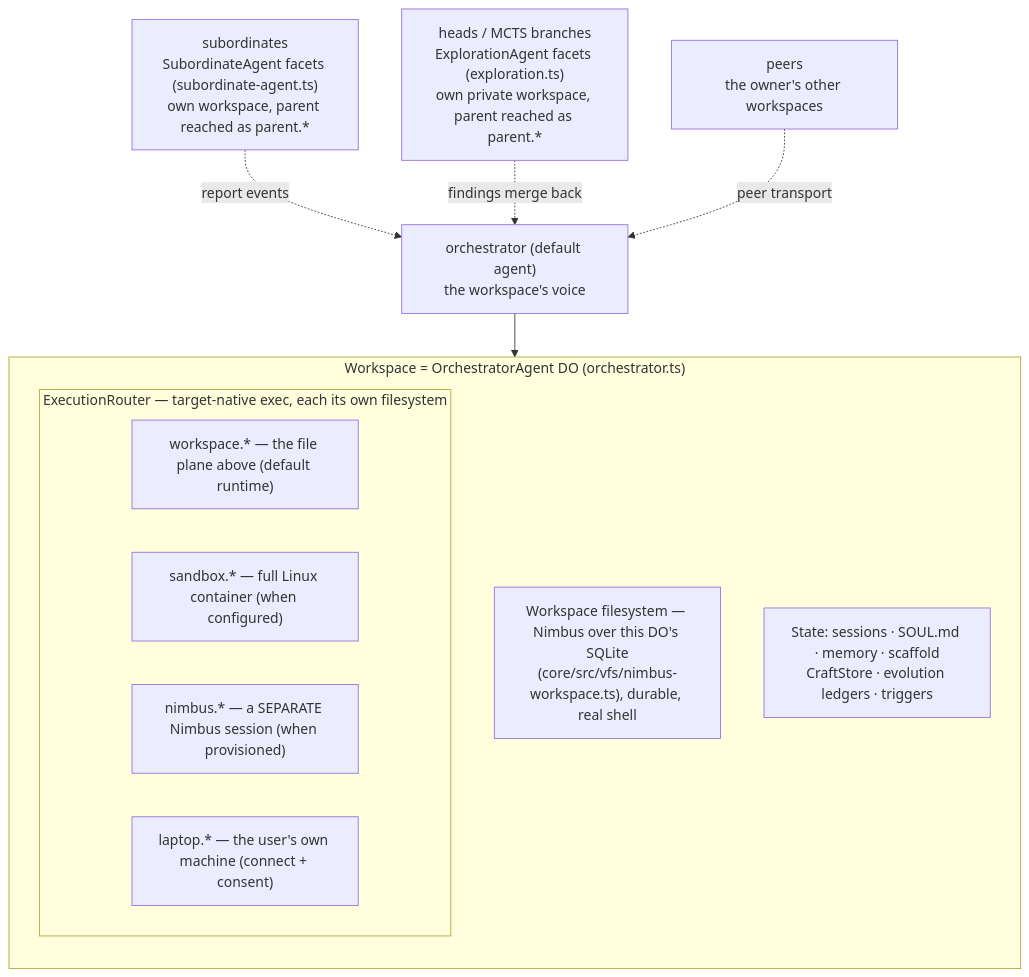
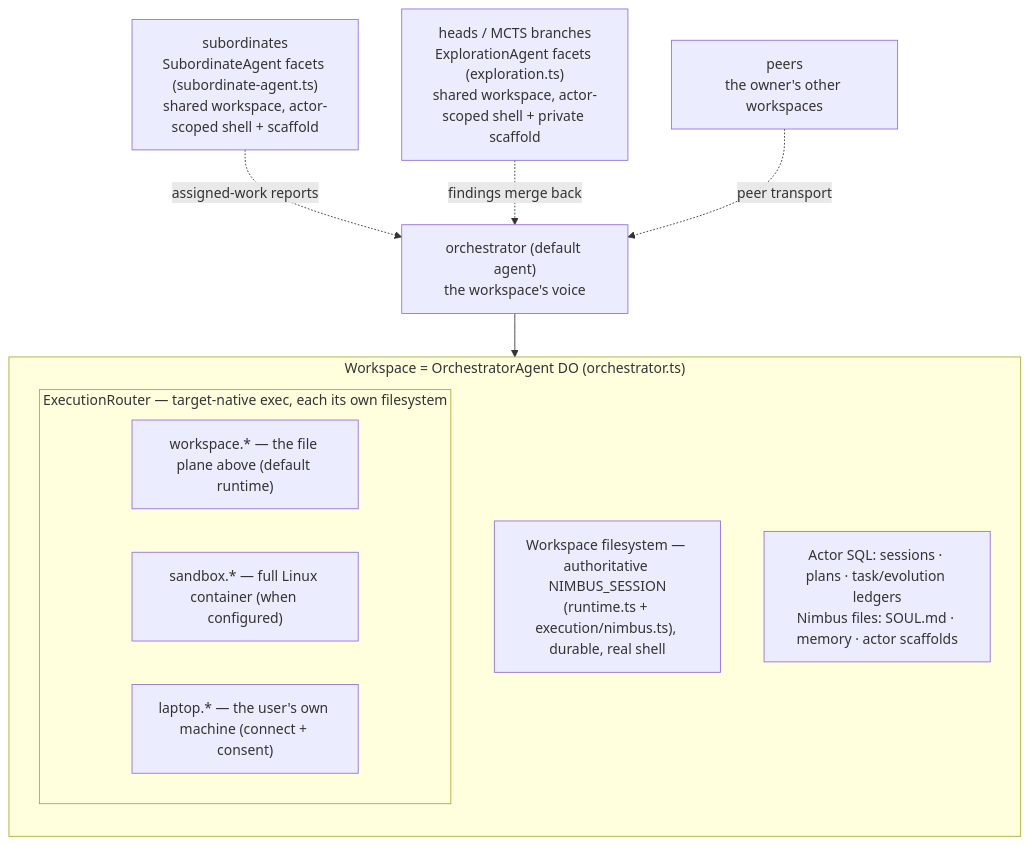
Before and after one commit to AshishKumar4/Proteus: the first of 5 diagrams in docs/ARCHITECTURE.md, drawn with Mermaid. The commit also changed other lines of this file and 864 other files, not shown here.

````diff
--- a/docs/ARCHITECTURE.md
+++ b/docs/ARCHITECTURE.md
@@ -29,19 +29,18 @@
 ```mermaid
 graph TB
     subgraph WS["Workspace = OrchestratorAgent DO (orchestrator.ts)"]
         direction TB
-        Files["Workspace filesystem — Nimbus over this DO's SQLite<br/>(core/src/vfs/nimbus-workspace.ts), durable, real shell"]
+        Files["Workspace filesystem — authoritative NIMBUS_SESSION<br/>(runtime.ts + execution/nimbus.ts), durable, real shell"]
         subgraph Execs["ExecutionRouter — target-native exec, each its own filesystem"]
             W["workspace.* — the file plane above (default runtime)"]
             S["sandbox.* — full Linux container (when configured)"]
-            N["nimbus.* — a SEPARATE Nimbus session (when provisioned)"]
             P["laptop.* — the user's own machine (connect + consent)"]
         end
-        State["State: sessions · SOUL.md · memory · scaffold<br/>CraftStore · evolution ledgers · triggers"]
+        State["Actor SQL: sessions · plans · task/evolution ledgers<br/>Nimbus files: SOUL.md · memory · actor scaffolds"]
     end
 
     Orch["orchestrator (default agent)<br/>the workspace's voice"] --> WS
-    Subs["subordinates<br/>SubordinateAgent facets (subordinate-agent.ts)<br/>own workspace, parent reached as parent.*"] -.->|report events| Orch
-    Heads["heads / MCTS branches<br/>ExplorationAgent facets (exploration.ts)<br/>own private workspace, parent reached as parent.*"] -.->|findings merge back| Orch
+    Subs["subordinates<br/>SubordinateAgent facets (subordinate-agent.ts)<br/>shared workspace, actor-scoped shell + scaffold"] -.->|assigned-work reports| Orch
+    Heads["heads / MCTS branches<br/>ExplorationAgent facets (exploration.ts)<br/>shared workspace, actor-scoped shell + private scaffold"] -.->|findings merge back| Orch
     Peers["peers<br/>the owner's other workspaces"] -.->|peer transport| Orch
 ```
````
